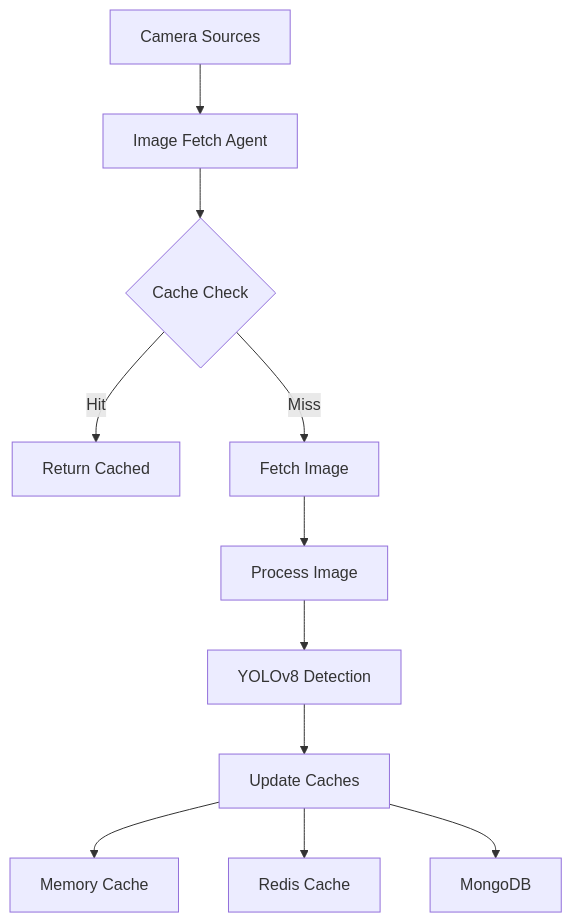
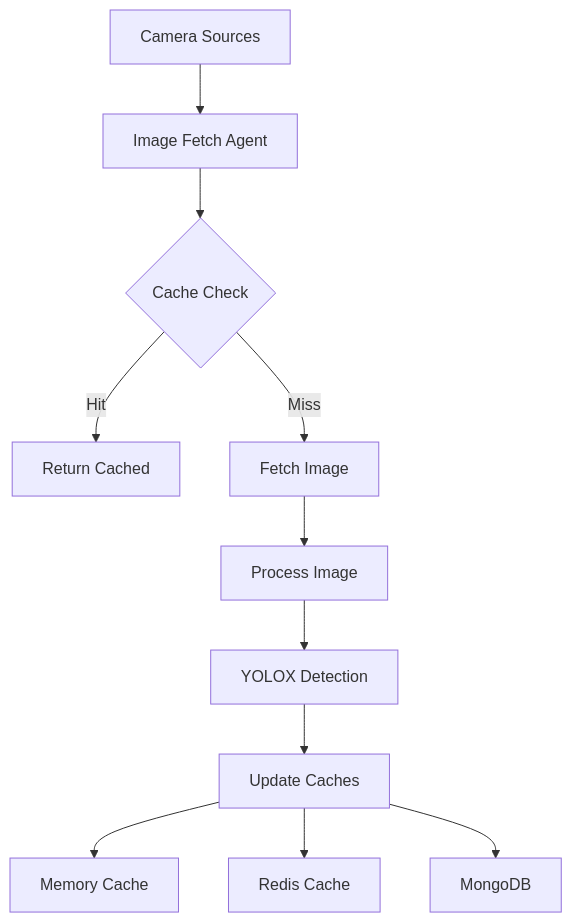
The first of 2 diagrams in apps/traffic-web-app/frontend/docs/docs/agents/complete-agents-reference.md (NguyenNhatquang522004/UIP-Urban_Intelligence_Platform), drawn with Mermaid before and after one commit. The commit also changed other lines of this file and 62 other files, not shown here.

````diff
--- a/apps/traffic-web-app/frontend/docs/docs/agents/complete-agents-reference.md
+++ b/apps/traffic-web-app/frontend/docs/docs/agents/complete-agents-reference.md
@@ -89,13 +89,13 @@
 ```mermaid
 graph TB
     A[Camera Sources] --> B[Image Fetch Agent]
     B --> C{Cache Check}
     C -->|Hit| D[Return Cached]
     C -->|Miss| E[Fetch Image]
     E --> F[Process Image]
-    F --> G[YOLOv8 Detection]
+    F --> G[YOLOX Detection]
     G --> H[Update Caches]
     H --> I[Memory Cache]
     H --> J[Redis Cache]
     H --> K[MongoDB]
 ```
````
